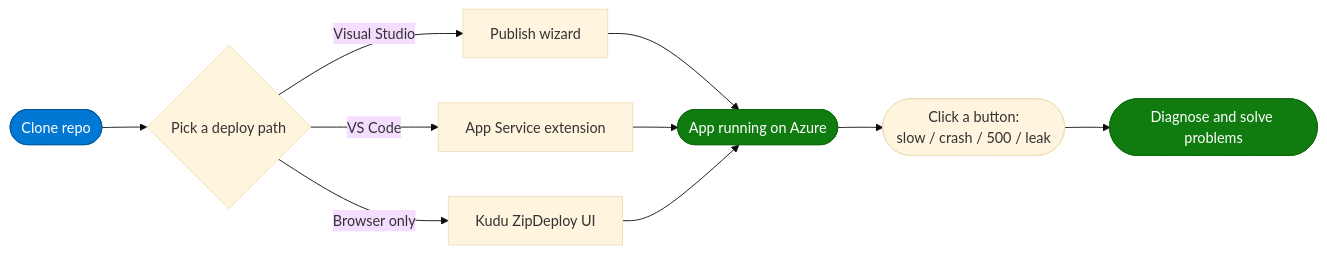
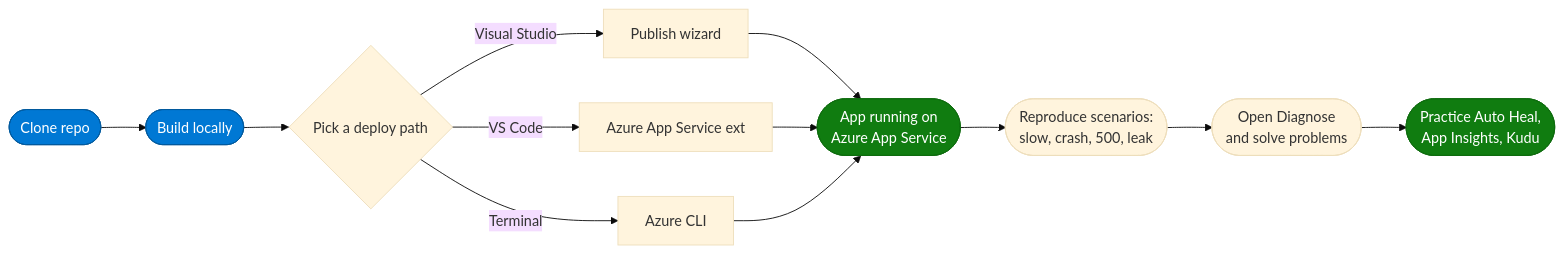
Before and after one commit to manju6685/AppServiceScenarios: the first of 2 diagrams in README.md, drawn with Mermaid (base theme). The commit also changed other lines of this file, not shown here.

````diff
--- a/README.md
+++ b/README.md
@@ -13,17 +11,19 @@
 ```mermaid
 flowchart LR
-    A([Clone repo]) --> B{Pick a deploy path}
-    B -->|Visual Studio| C[Publish wizard]
-    B -->|VS Code| D[App Service extension]
-    B -->|Browser only| E[Kudu ZipDeploy UI]
-    C --> F([App running on Azure])
-    D --> F
-    E --> F
-    F --> G([Click a button:<br/>slow / crash / 500 / leak])
-    G --> H([Diagnose and solve problems])
+    A([Clone repo]) --> B([Build locally])
+    B --> C{Pick a deploy path}
+    C -->|Visual Studio| D[Publish wizard]
+    C -->|VS Code| E[Azure App Service ext]
+    C -->|Terminal| F[Azure CLI]
+    D --> G([App running on<br/>Azure App Service])
+    E --> G
+    F --> G
+    G --> H([Reproduce scenarios:<br/>slow, crash, 500, leak])
+    H --> I([Open Diagnose<br/>and solve problems])
+    I --> J([Practice Auto Heal,<br/>App Insights, Kudu])
 
     classDef start fill:#0078D4,stroke:#005A9E,color:#fff;
     classDef done fill:#107C10,stroke:#0E6B0E,color:#fff;
-    class A start;
-    class F,H done;
+    class A,B start;
+    class G,J done;
 ```
````
